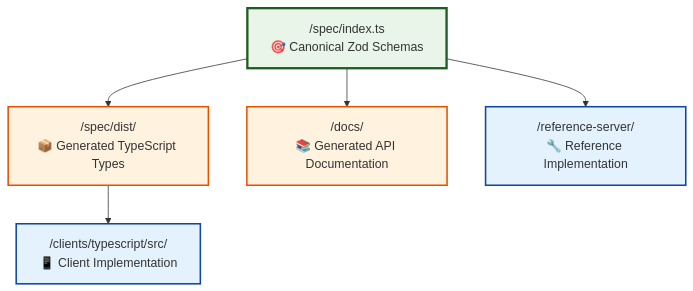
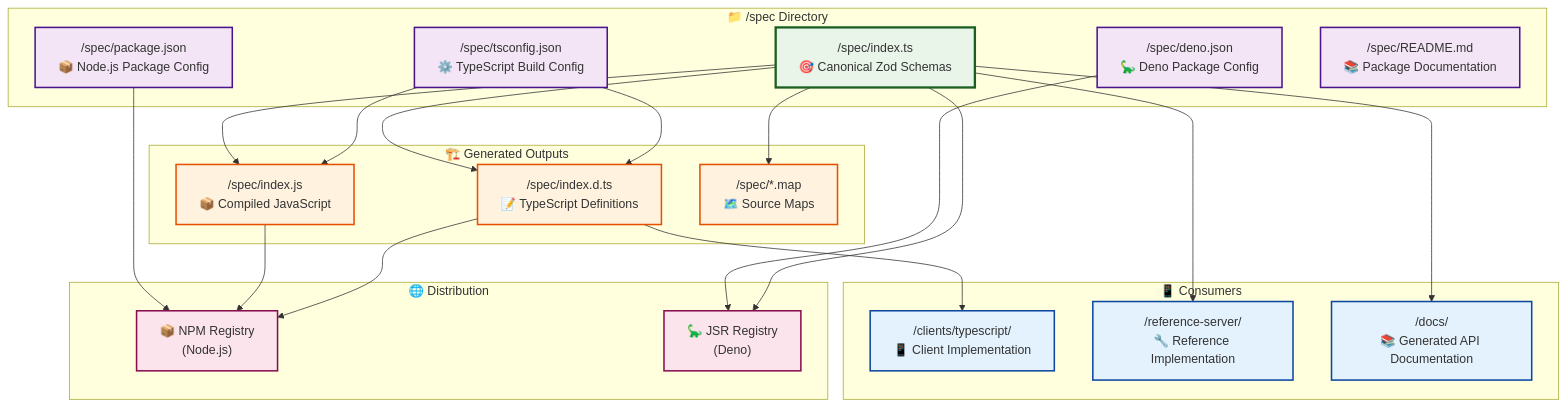
Before and after one commit to zesty-genius128/ozwellai-api: the diagram in TYPE_LIFECYCLE.md, drawn with Mermaid. The commit also changed other lines of this file and 1 other file, not shown here.

First line of the commit message:
Expand TYPE_LIFECYCLE.md to document all spec directory files

````diff
--- a/TYPE_LIFECYCLE.md
+++ b/TYPE_LIFECYCLE.md
@@ -17,22 +49,55 @@
 ```mermaid
 graph TB
-    Source["/spec/index.ts<br/>🎯 Canonical Zod Schemas"]
+    subgraph "📁 /spec Directory"
+        Source["/spec/index.ts<br/>🎯 Canonical Zod Schemas"]
+        PkgJSON["/spec/package.json<br/>📦 Node.js Package Config"]
+        DenoJSON["/spec/deno.json<br/>🦕 Deno Package Config"]
+        TSConfig["/spec/tsconfig.json<br/>⚙️ TypeScript Build Config"]
+        SpecREADME["/spec/README.md<br/>📚 Package Documentation"]
+    end
     
-    Build["/spec/dist/<br/>📦 Generated TypeScript Types"]
-    Client["/clients/typescript/src/<br/>📱 Client Implementation"]
-    Docs["/docs/<br/>📚 Generated API Documentation"]
-    Server["/reference-server/<br/>🔧 Reference Implementation"]
+    subgraph "🏗️ Generated Outputs"
+        BuildJS["/spec/index.js<br/>📦 Compiled JavaScript"]
+        BuildDTS["/spec/index.d.ts<br/>📝 TypeScript Definitions"]
+        BuildMaps["/spec/*.map<br/>🗺️ Source Maps"]
+    end
     
-    Source --> Build
-    Build --> Client
+    subgraph "📱 Consumers"
+        Client["/clients/typescript/<br/>📱 Client Implementation"]
+        Server["/reference-server/<br/>🔧 Reference Implementation"]
+        Docs["/docs/<br/>📚 Generated API Documentation"]
+    end
+    
+    subgraph "🌐 Distribution"
+        NPM["📦 NPM Registry<br/>(Node.js)"]
+        JSR["🦕 JSR Registry<br/>(Deno)"]
+    end
+    
+    Source --> BuildJS
+    Source --> BuildDTS
+    Source --> BuildMaps
+    TSConfig --> BuildJS
+    TSConfig --> BuildDTS
+    
+    BuildDTS --> Client
+    Source --> Server
     Source --> Docs
-    Source --> Server
+    
+    PkgJSON --> NPM
+    DenoJSON --> JSR
+    BuildJS --> NPM
+    BuildDTS --> NPM
+    Source --> JSR
     
     classDef source fill:#e8f5e8,stroke:#1b5e20,stroke-width:3px
+    classDef config fill:#f3e5f5,stroke:#4a148c,stroke-width:2px
     classDef generated fill:#fff3e0,stroke:#e65100,stroke-width:2px
     classDef consumer fill:#e3f2fd,stroke:#0d47a1,stroke-width:2px
+    classDef distribution fill:#fce4ec,stroke:#880e4f,stroke-width:2px
     
     class Source source
-    class Build,Docs generated
-    class Client,Server consumer
+    class PkgJSON,DenoJSON,TSConfig,SpecREADME config
+    class BuildJS,BuildDTS,BuildMaps generated
+    class Client,Server,Docs consumer
+    class NPM,JSR distribution
 ```
````
